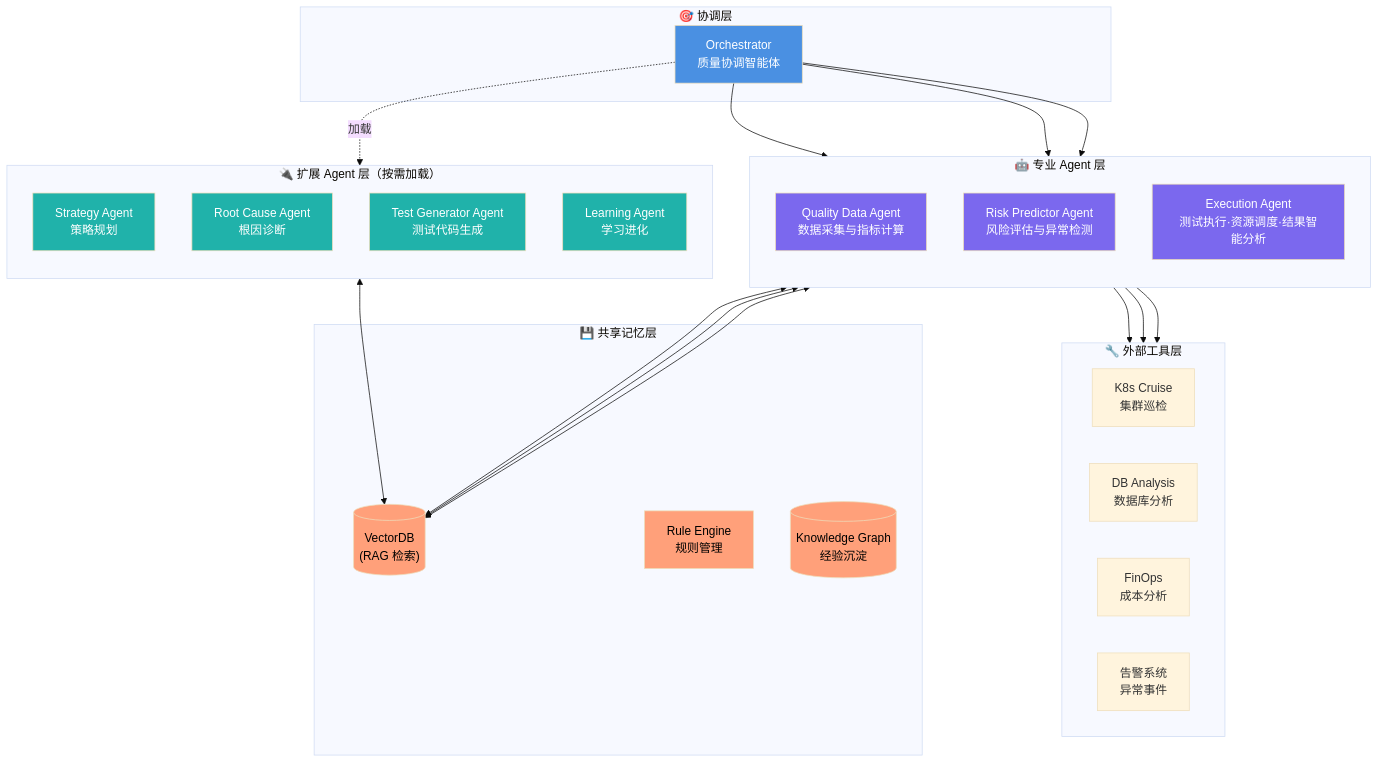
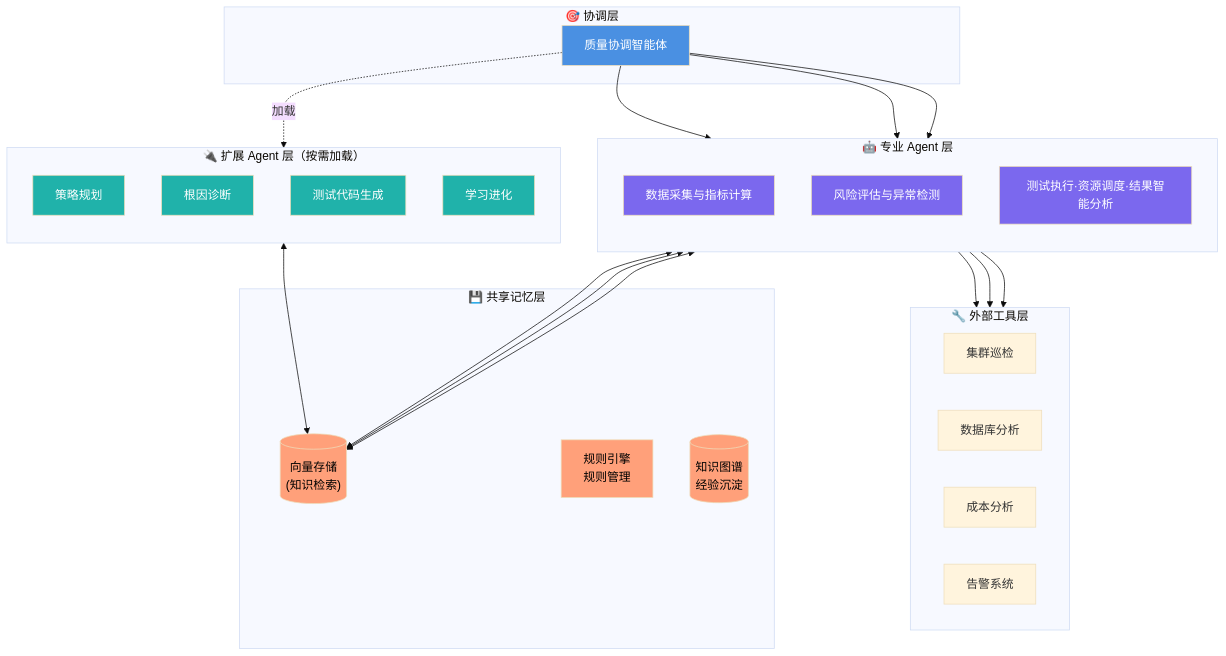
One commit to buhaiqing/ai-testing changed the diagram in AGENTS.md. Above: the diagram before and after it, drawn with Mermaid (base theme). The commit also changed other lines of this file and 22 other files, not shown here.

````diff
--- a/AGENTS.md
+++ b/AGENTS.md
@@ -86,60 +143,60 @@
 ```mermaid
 graph TB
-    subgraph Coordination["🎯 协调层"]
-        Orchestrator["Orchestrator<br/>质量协调智能体"]
+    subgraph 协调层["🎯 协调层"]
+        协调器["质量协调智能体"]
     end
     
-    subgraph ProfessionalAgents["🤖 专业 Agent 层"]
+    subgraph 专业Agent层["🤖 专业 Agent 层"]
         direction TB
-        QDA["Quality Data Agent<br/>数据采集与指标计算"]
-        RPA["Risk Predictor Agent<br/>风险评估与异常检测"]
-        EA["Execution Agent<br/>测试执行·资源调度·结果智能分析"]
+        数据Agent["数据采集与指标计算"]
+        风险Agent["风险评估与异常检测"]
+        执行Agent["测试执行·资源调度·结果智能分析"]
     end
     
-    subgraph ExtensionAgents["🔌 扩展 Agent 层（按需加载）"]
+    subgraph 扩展Agent层["🔌 扩展 Agent 层（按需加载）"]
         direction TB
-        SA["Strategy Agent<br/>策略规划"]
-        RCA["Root Cause Agent<br/>根因诊断"]
-        TGA["Test Generator Agent<br/>测试代码生成"]
-        LA["Learning Agent<br/>学习进化"]
+        策略Agent["策略规划"]
+        根因Agent["根因诊断"]
+        生成Agent["测试代码生成"]
+        学习Agent["学习进化"]
     end
     
-    subgraph Memory["💾 共享记忆层"]
-        VectorDB[("VectorDB<br/>(RAG 检索)")]
-        RuleEngine["Rule Engine<br/>规则管理"]
-        KG[("Knowledge Graph<br/>经验沉淀")]
+    subgraph 记忆层["💾 共享记忆层"]
+        向量存储[("向量存储<br/>(知识检索)")]
+        规则引擎["规则引擎<br/>规则管理"]
+        知识图谱[("知识图谱<br/>经验沉淀")]
     end
     
-    subgraph Tools["🔧 外部工具层"]
-        K8s["K8s Cruise<br/>集群巡检"]
-        DB["DB Analysis<br/>数据库分析"]
-        FinOps["FinOps<br/>成本分析"]
-        Alert["告警系统<br/>异常事件"]
+    subgraph 工具层["🔧 外部工具层"]
+        集群巡检["集群巡检"]
+        数据库分析["数据库分析"]
+        成本分析["成本分析"]
+        告警系统["告警系统"]
     end
     
-    Orchestrator --> QDA
-    Orchestrator --> RPA
-    Orchestrator --> EA
-    Orchestrator -.加载.-> ExtensionAgents
+    协调器 --> 数据Agent
+    协调器 --> 风险Agent
+    协调器 --> 执行Agent
+    协调器 -.加载.-> 扩展Agent层
     
-    QDA <--> VectorDB
-    RPA <--> VectorDB
-    EA <--> VectorDB
-    ExtensionAgents <--> VectorDB
+    数据Agent <--> 向量存储
+    风险Agent <--> 向量存储
+    执行Agent <--> 向量存储
+    扩展Agent层 <--> 向量存储
     
-    QDA --> Tools
-    RPA --> Tools
-    EA --> Tools
+    数据Agent --> 工具层
+    风险Agent --> 工具层
+    执行Agent --> 工具层
     
-    style Orchestrator fill:#4A90E2,color:#fff
-    style QDA fill:#7B68EE,color:#fff
-    style RPA fill:#7B68EE,color:#fff
-    style EA fill:#7B68EE,color:#fff
-    style SA fill:#20B2AA,color:#fff
-    style RCA fill:#20B2AA,color:#fff
-    style TGA fill:#20B2AA,color:#fff
-    style LA fill:#20B2AA,color:#fff
-    style VectorDB fill:#FFA07A,color:#000
-    style RuleEngine fill:#FFA07A,color:#000
-    style KG fill:#FFA07A,color:#000
+    style 协调器 fill:#4A90E2,color:#fff
+    style 数据Agent fill:#7B68EE,color:#fff
+    style 风险Agent fill:#7B68EE,color:#fff
+    style 执行Agent fill:#7B68EE,color:#fff
+    style 策略Agent fill:#20B2AA,color:#fff
+    style 根因Agent fill:#20B2AA,color:#fff
+    style 生成Agent fill:#20B2AA,color:#fff
+    style 学习Agent fill:#20B2AA,color:#fff
+    style 向量存储 fill:#FFA07A,color:#000
+    style 规则引擎 fill:#FFA07A,color:#000
+    style 知识图谱 fill:#FFA07A,color:#000
 ```
````
